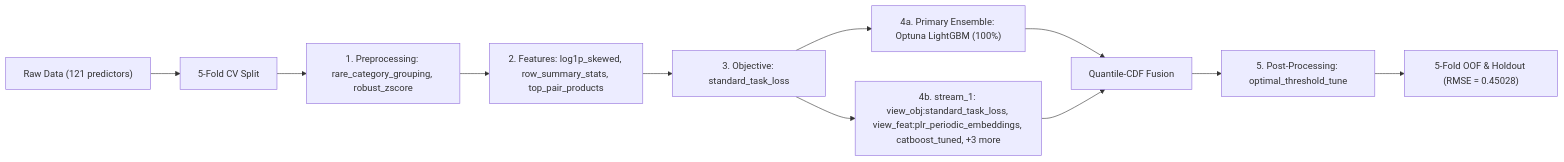
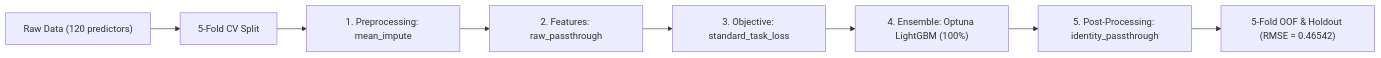
One commit to stefanoclss/UM-Game-Playing-Strength-of-MCTS-Variants changed the diagram in README.md. Above: the diagram before and after it, drawn with Mermaid. The commit also changed other lines of this file, not shown here.

First line of the commit message:
docs(readme): refresh verified OOF benchmark & build ledger (RMSE=0.46542)

````diff
--- a/README.md
+++ b/README.md
@@ -75,13 +69,10 @@
 ```mermaid
 flowchart LR
-    DATA["Raw Data (121 predictors)"] --> SPLIT["5-Fold CV Split"]
-    SPLIT --> PRE["1. Preprocessing: rare_category_grouping, robust_zscore"]
-    PRE --> FEAT["2. Features: log1p_skewed, row_summary_stats, top_pair_products"]
+    DATA["Raw Data (120 predictors)"] --> SPLIT["5-Fold CV Split"]
+    SPLIT --> PRE["1. Preprocessing: mean_impute"]
+    PRE --> FEAT["2. Features: raw_passthrough"]
     FEAT --> OBJ["3. Objective: standard_task_loss"]
-    OBJ --> M0["4a. Primary Ensemble: Optuna LightGBM (100%)"]
-    M0 --> FUSE["Quantile-CDF Fusion"]
-    OBJ --> S1["4b. stream_1: view_obj:standard_task_loss, view_feat:plr_periodic_embeddings, catboost_tuned, +3 more"]
-    S1 --> FUSE
-    FUSE --> POST["5. Post-Processing: optimal_threshold_tune"]
-    POST --> OUT["5-Fold OOF & Holdout (RMSE = 0.45028)"]
+    OBJ --> M0["4. Ensemble: Optuna LightGBM (100%)"]
+    M0 --> POST["5. Post-Processing: identity_passthrough"]
+    POST --> OUT["5-Fold OOF & Holdout (RMSE = 0.46542)"]
 ```
````
